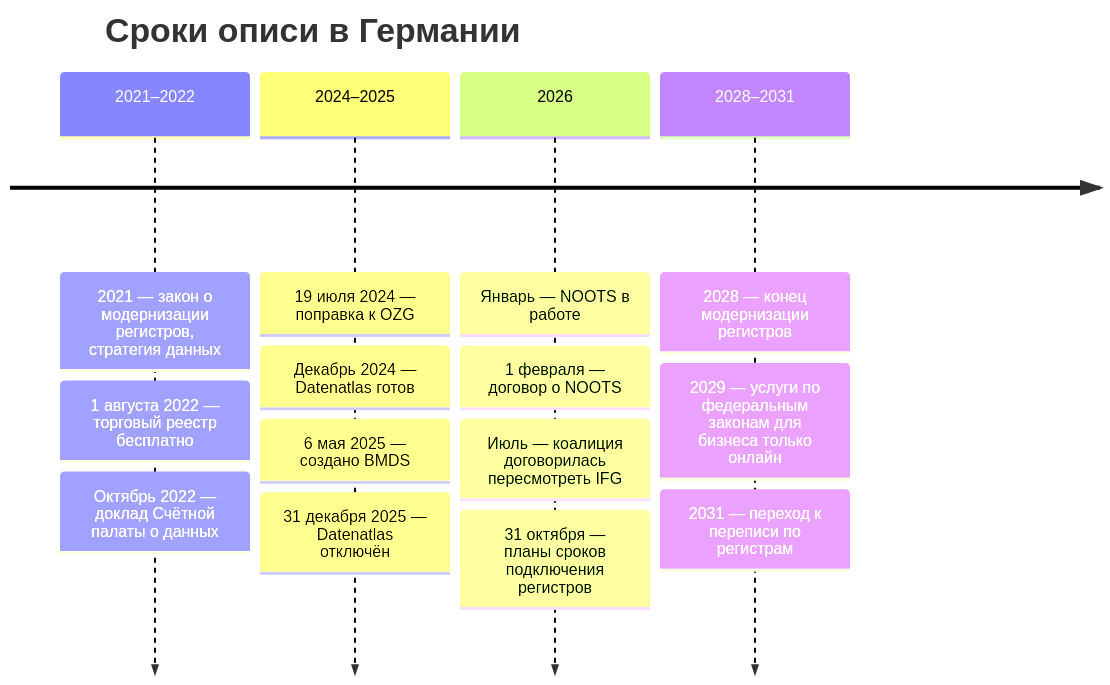
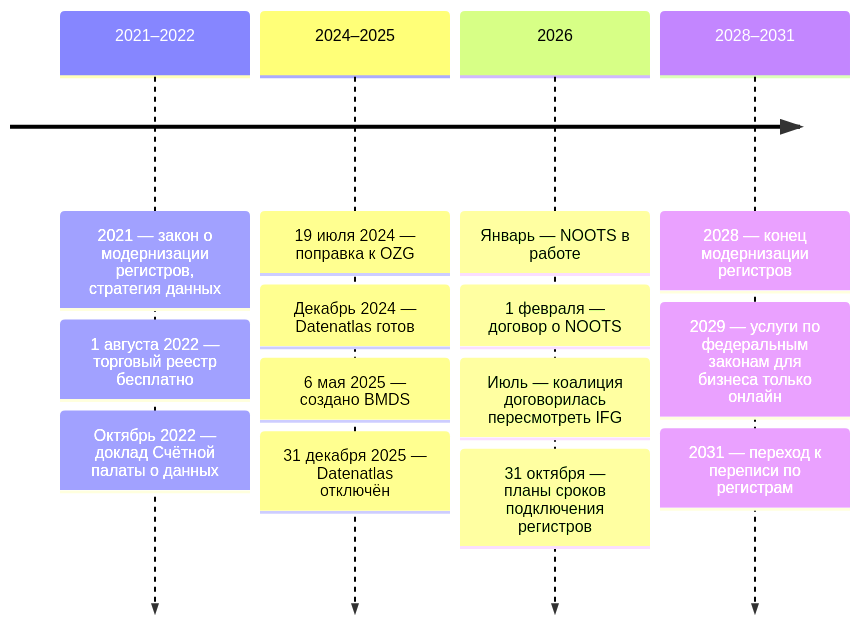
Before and after one commit to ivbeg/data-inventory: the second of 2 diagrams in docs/07-countries/12-germany.md, drawn with Mermaid. The commit also changed other lines of this file and 34 other files, not shown here.

First line of the commit message:
Читаемая карта от продукта и единый размер схем в PDF

````diff
--- a/docs/07-countries/12-germany.md
+++ b/docs/07-countries/12-germany.md
@@ -54,8 +54,13 @@
 ```mermaid
+---
+config:
+  timeline:
+    leftMargin: 0
+    padding: 10
+---
 timeline
-  title Сроки описи в Германии
   2021–2022 : 2021 — закон о модернизации регистров, стратегия данных : 1 августа 2022 — торговый реестр бесплатно : Октябрь 2022 — доклад Счётной палаты о данных
   2024–2025 : 19 июля 2024 — поправка к OZG : Декабрь 2024 — Datenatlas готов : 6 мая 2025 — создано BMDS : 31 декабря 2025 — Datenatlas отключён
   2026 : Январь — NOOTS в работе : 1 февраля — договор о NOOTS : Июль — коалиция договорилась пересмотреть IFG : 31 октября — планы сроков подключения регистров
   2028–2031 : 2028 — конец модернизации регистров : 2029 — услуги по федеральным законам для бизнеса только онлайн : 2031 — переход к переписи по регистрам
 ```
````
